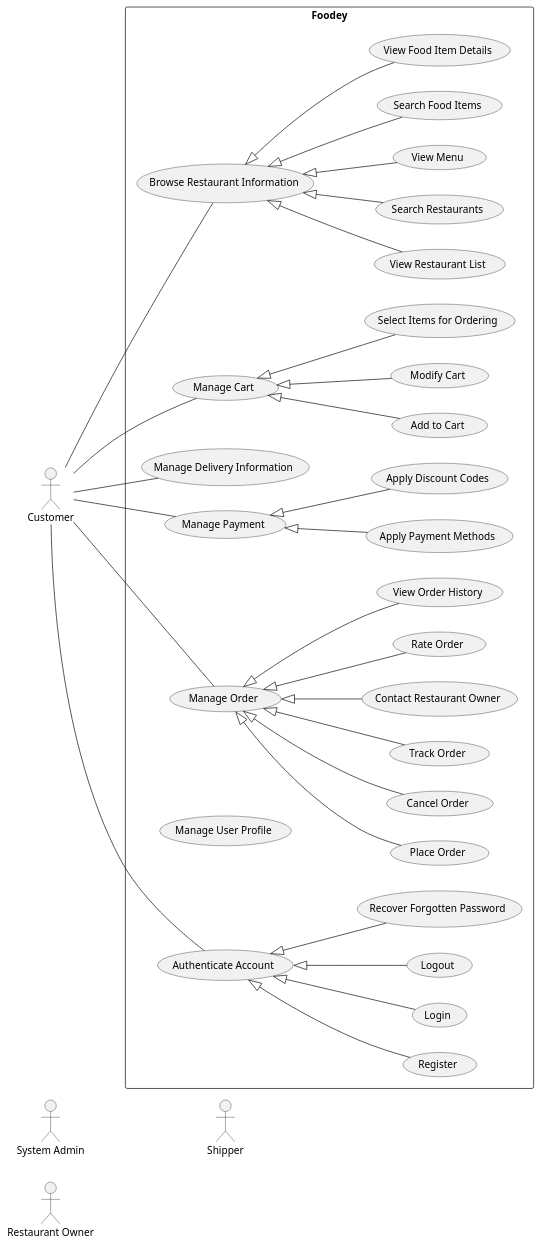
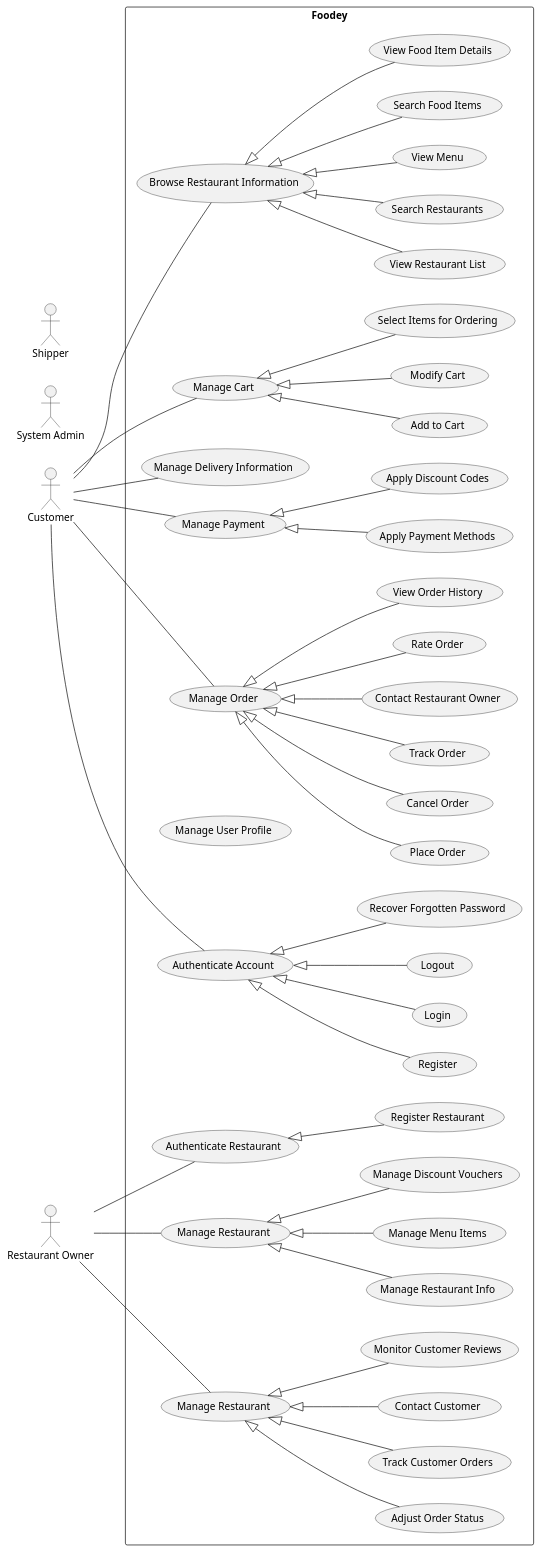
One commit to ledoantantri/SE357-Pratice-class changed the diagram in Lab 1/Lab 1.2/Source code/usecase.wsd. Above: the diagram before and after it, drawn with PlantUML.

```diff
--- a/Lab 1/Lab 1.2/Source code/usecase.wsd
+++ b/Lab 1/Lab 1.2/Source code/usecase.wsd
@@ -1,87 +1,112 @@
 @startuml Foodey_usecase
 
 left to right direction
 
 actor "Customer" as Cm
 actor "System Admin" as SA
 actor "Restaurant Owner" as RO
 actor "Shipper" as Shp
 
 rectangle Foodey{
     /'Customer'/
     'UC_G01
     usecase "Browse Restaurant Information" as UC_G01
     usecase "View Restaurant List" as UC01
     usecase "Search Restaurants" as UC02
     usecase "View Menu" as UC03
     usecase "Search Food Items" as UC04
     usecase "View Food Item Details" as UC05
     UC_G01 <|-- UC01
     UC_G01 <|-- UC02
     UC_G01 <|-- UC03
     UC_G01 <|-- UC04
     UC_G01 <|-- UC05
 
     'UC_G02
     usecase "Manage Cart" as UC_G02
     usecase "Add to Cart" as UC06
     usecase "Modify Cart" as UC07
     usecase "Select Items for Ordering" as UC08
     UC_G02 <|-- UC06
     UC_G02 <|-- UC07
     UC_G02 <|-- UC08
 
     usecase "Manage Delivery Information" as UC09
     
     'UC_G03
     usecase "Manage Payment" as UC_G03
     usecase "Apply Payment Methods" as UC10
     usecase "Apply Discount Codes" as UC11
     UC_G03 <|-- UC10
     UC_G03 <|-- UC11
     
     'UC_G04
     usecase "Manage Order" as UC_G04
     usecase "Place Order" as UC12
     usecase "Cancel Order" as UC13
     usecase "Track Order" as UC14
     usecase "Contact Restaurant Owner" as UC15
     usecase "Rate Order" as UC16
     usecase "View Order History" as UC17
     UC_G04 <|-- UC12
     UC_G04 <|-- UC13
     UC_G04 <|-- UC14
     UC_G04 <|-- UC15
     UC_G04 <|-- UC16
     UC_G04 <|-- UC17
 
     'UC_G05
     usecase "Manage User Profile" as UC_G05
     
     'UC_G06
     usecase "Authenticate Account" as UC_G06
-    usecase "Register" as UC18
-    usecase "Login" as UC19
-    usecase "Logout" as UC20
-    usecase "Recover Forgotten Password" as UC21
-    UC_G06 <|-- UC18
-    UC_G06 <|-- UC19
+    usecase "Register" as UC20
+    usecase "Login" as UC21
+    usecase "Logout" as UC22
+    usecase "Recover Forgotten Password" as UC23
     UC_G06 <|-- UC20
     UC_G06 <|-- UC21
+    UC_G06 <|-- UC22
+    UC_G06 <|-- UC23
 
     /'Restaurant Owner'/
-    
+    'UC_G07
+    usecase "Authenticate Restaurant" as UC_G07
+    usecase "Register Restaurant" as UC24
+    UC_G07 <|-- UC24
+
+    'UC_G08
+    usecase "Manage Restaurant" as UC_G08
+    usecase "Manage Restaurant Info" as UC26
+    usecase "Manage Menu Items" as UC27
+    usecase "Manage Discount Vouchers" as UC28
+    UC_G08 <|-- UC26
+    UC_G08 <|-- UC27
+    UC_G08 <|-- UC28
+
+    'UC_G09
+    usecase "Manage Restaurant" as UC_G09
+    usecase "Adjust Order Status" as UC29
+    usecase "Track Customer Orders" as UC30
+    usecase "Contact Customer" as UC31
+    usecase "Monitor Customer Reviews" as UC32
+    UC_G09 <|-- UC29
+    UC_G09 <|-- UC30
+    UC_G09 <|-- UC31
+    UC_G09 <|-- UC32
 }   
 
 /'Cm usecases'/
 Cm -- UC_G01
 Cm -- UC_G02
 Cm -- UC09
 Cm -- UC_G03
 Cm -- UC_G04
 Cm -- UC_G06
 
-'RO usecases'/
-
+/'RO usecases'/
+RO -- UC_G07
+RO -- UC_G08
+RO -- UC_G09
 
 @enduml
```
